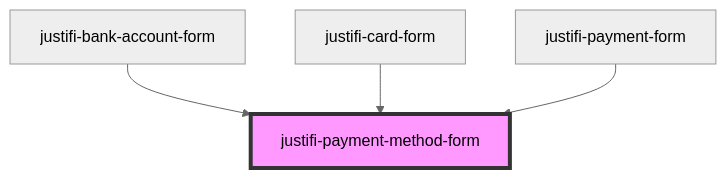
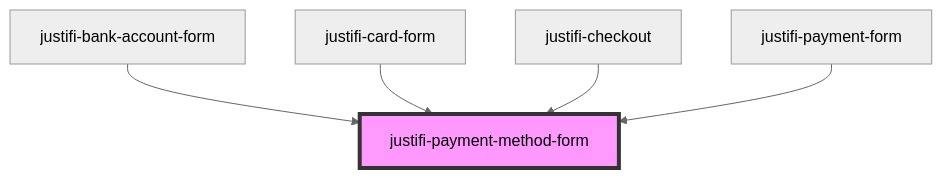
One commit to justifi-tech/web-component-library changed the diagram in packages/webcomponents/src/components/payment-method-form/readme.md. Above: the diagram before and after it, drawn with Mermaid (neutral theme). The commit also changed other lines of this file and 19 other files, not shown here.

Commit message:
fix payment method selector

````diff
--- a/packages/webcomponents/src/components/payment-method-form/readme.md
+++ b/packages/webcomponents/src/components/payment-method-form/readme.md
@@ -77,7 +78,8 @@
 ```mermaid
 graph TD;
   justifi-bank-account-form --> justifi-payment-method-form
   justifi-card-form --> justifi-payment-method-form
+  justifi-checkout --> justifi-payment-method-form
   justifi-payment-form --> justifi-payment-method-form
   style justifi-payment-method-form fill:#f9f,stroke:#333,stroke-width:4px
 ```
````
